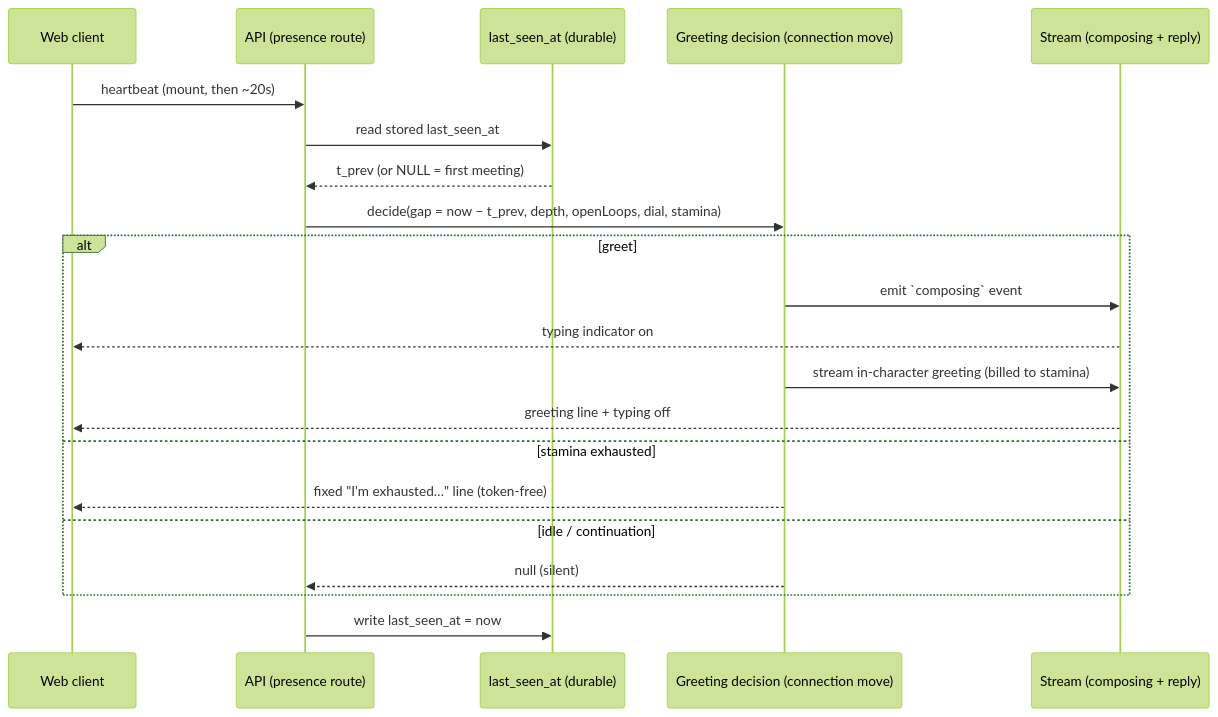
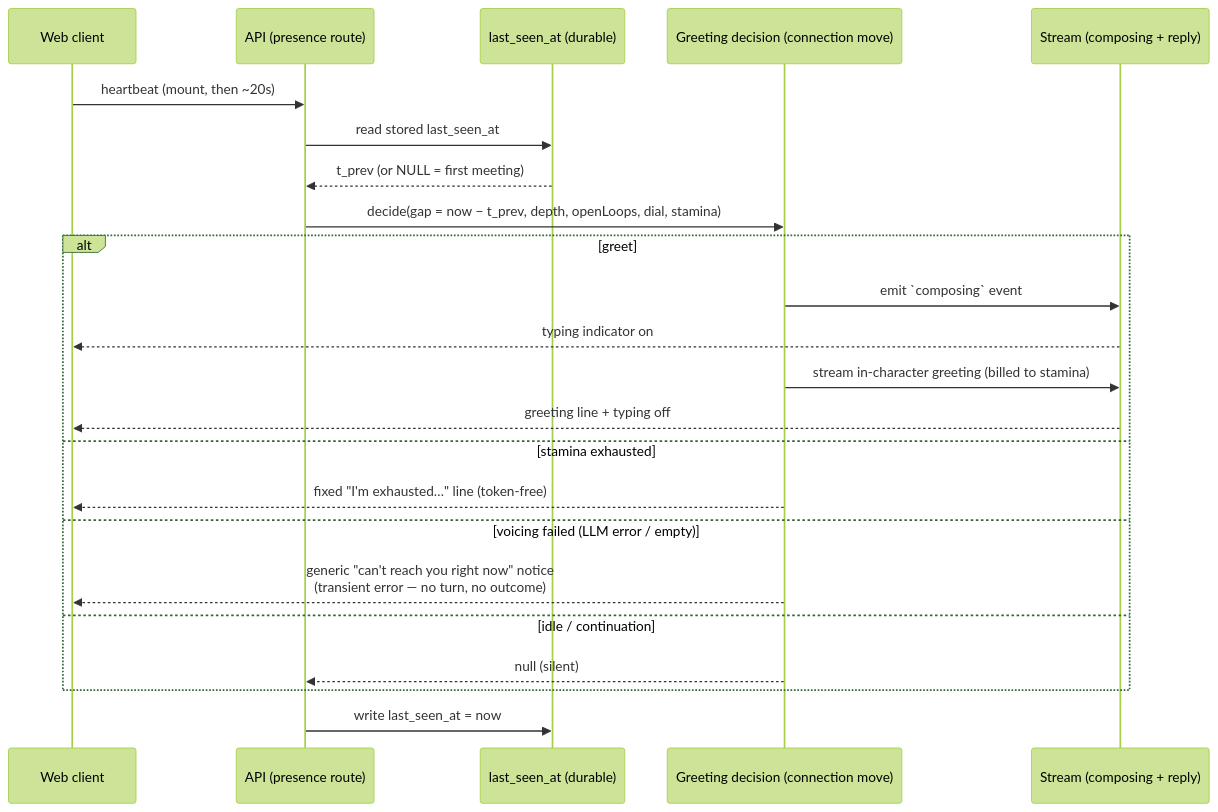
Before and after one commit to CobbleStamp/CobbleCompanion: the first of 3 diagrams in docs/companion-greeting.md, drawn with Mermaid (forest theme). The commit also changed other lines of this file and 6 other files, not shown here.

````diff
--- a/docs/companion-greeting.md
+++ b/docs/companion-greeting.md
@@ -81,24 +81,26 @@
 ```mermaid
 sequenceDiagram
     participant C as Web client
     participant API as API (presence route)
     participant DB as last_seen_at (durable)
     participant G as Greeting decision (connection move)
     participant S as Stream (composing + reply)
 
     C->>API: heartbeat (mount, then ~20s)
     API->>DB: read stored last_seen_at
     DB-->>API: t_prev (or NULL = first meeting)
     API->>G: decide(gap = now − t_prev, depth, openLoops, dial, stamina)
     alt greet
         G->>S: emit `composing` event
         S-->>C: typing indicator on
         G->>S: stream in-character greeting (billed to stamina)
         S-->>C: greeting line + typing off
     else stamina exhausted
         G-->>C: fixed "I'm exhausted…" line (token-free)
+    else voicing failed (LLM error / empty)
+        G-->>C: generic "can't reach you right now" notice<br/>(transient error — no turn, no outcome)
     else idle / continuation
         G-->>API: null (silent)
     end
     API->>DB: write last_seen_at = now
 ```
````
